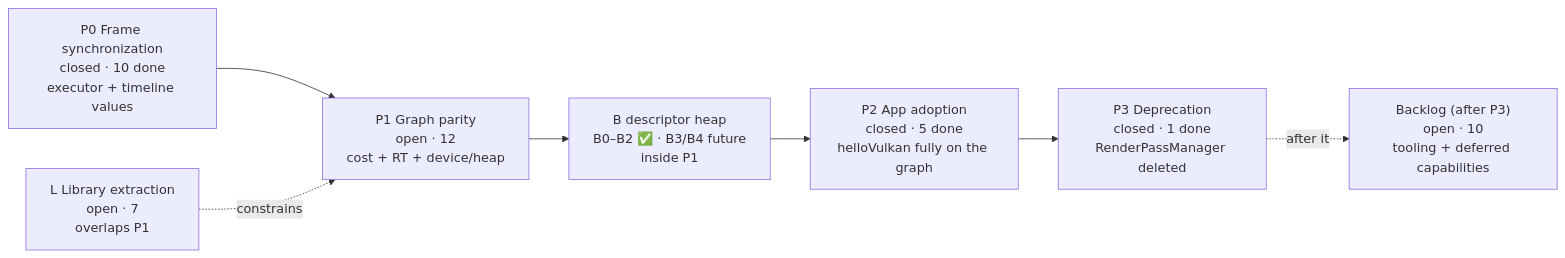
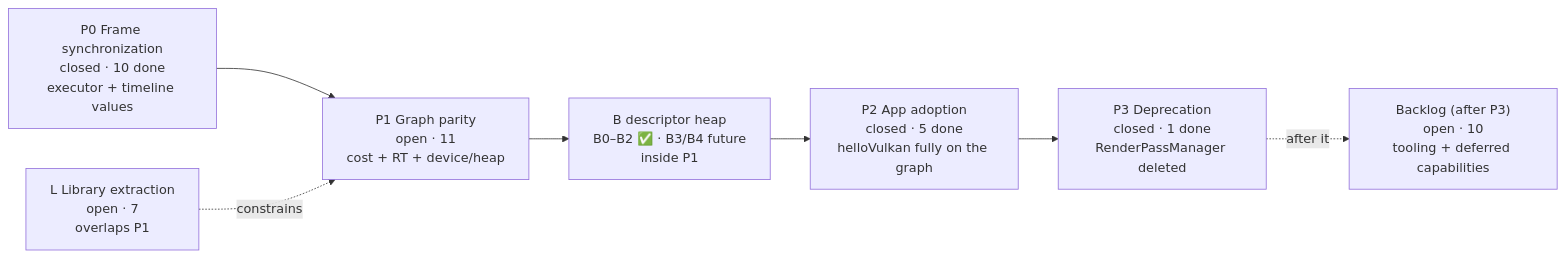
One commit to v3c70r/Muyo changed the first of 2 diagrams in docs/Roadmap-Visual.md. Above: the diagram before and after it, drawn with Mermaid. The commit also changed other lines of this file and 3 other files, not shown here.

````diff
--- a/docs/Roadmap-Visual.md
+++ b/docs/Roadmap-Visual.md
@@ -22,13 +22,13 @@
 ```mermaid
 flowchart LR
     P0["P0 Frame synchronization<br/>closed · 10 done<br/>executor + timeline values"]
-    P1["P1 Graph parity<br/>open · 12<br/>cost + RT + device/heap"]
+    P1["P1 Graph parity<br/>open · 11<br/>cost + RT + device/heap"]
     B["B descriptor heap<br/>B0–B2 ✅ · B3/B4 future<br/>inside P1"]
     P2["P2 App adoption<br/>closed · 5 done<br/>helloVulkan fully on the graph"]
     P3["P3 Deprecation<br/>closed · 1 done<br/>RenderPassManager deleted"]
     L["L Library extraction<br/>open · 7<br/>overlaps P1"]
     BL["Backlog (after P3)<br/>open · 10<br/>tooling + deferred capabilities"]
     P0 --> P1 --> B --> P2 --> P3
     L -. constrains .-> P1
     P3 -. after it .-> BL
 ```
````
